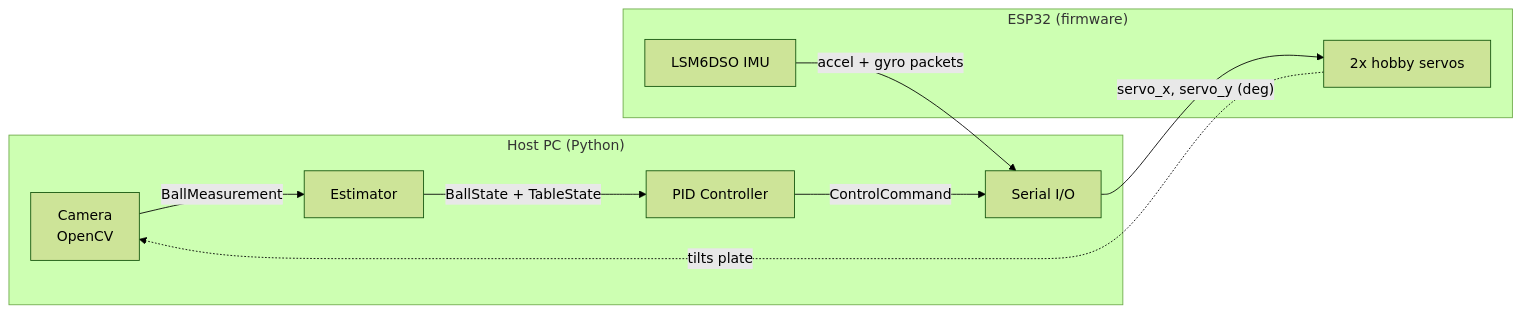
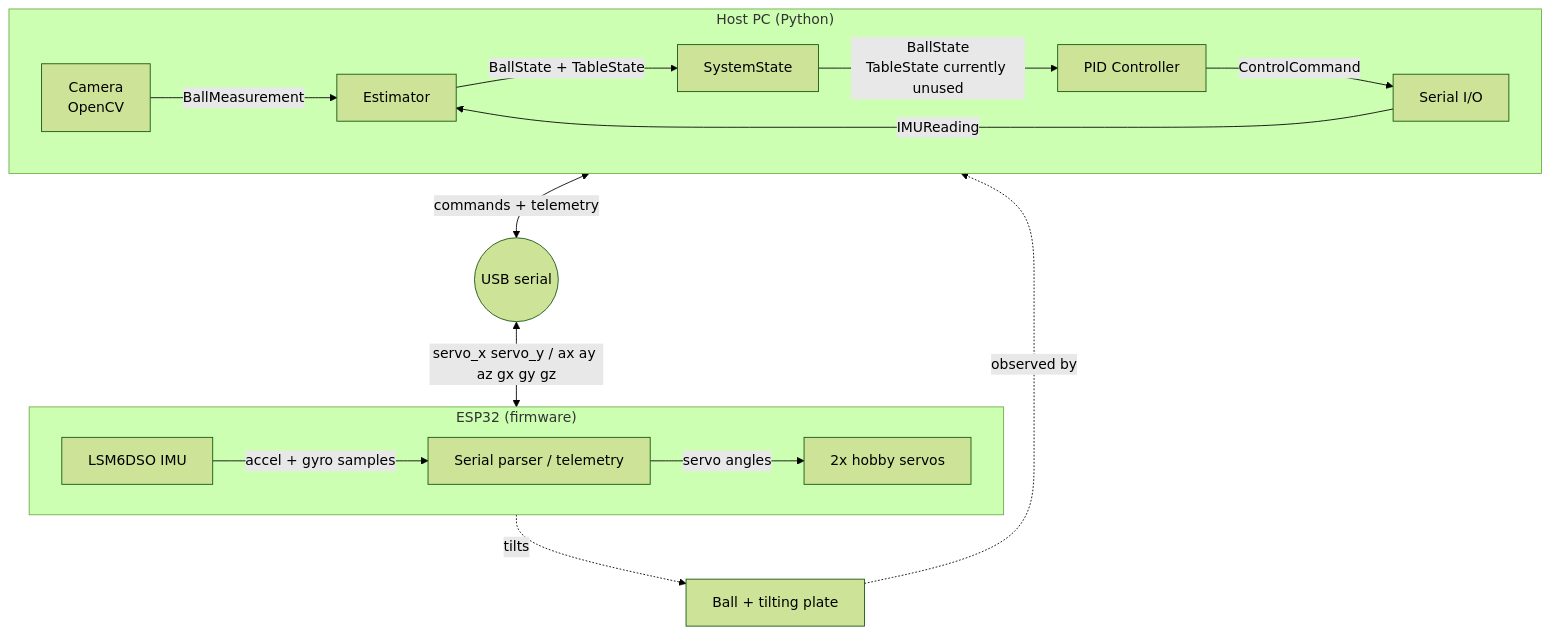
One commit to JoshMcConkie/ball-plate changed the diagram in README.md. Above: the diagram before and after it, drawn with Mermaid (forest theme). The commit also changed other lines of this file, not shown here.

Commit message:
README: Edited flowchart

````diff
--- a/README.md
+++ b/README.md
@@ -16,14 +15,28 @@
 ```mermaid
-flowchart LR
+
+flowchart TB
+    subgraph MCU["ESP32 (firmware)"]
+        direction LR
+        IMU[LSM6DSO IMU] -->|accel + gyro samples| MSER[Serial parser / telemetry]
+        MSER -->|servo angles| SERVO[2x hobby servos]
+    end
+
+    USB((USB serial))
+    PLATE[Ball + tilting plate]
+
     subgraph Host["Host PC (Python)"]
+        direction LR
         CAM[Camera<br/>OpenCV] -->|BallMeasurement| EST[Estimator]
-        EST -->|BallState + TableState| CTRL[PID Controller]
-        CTRL -->|ControlCommand| SER[Serial I/O]
+        HSER[Serial I/O] -->|IMUReading| EST
+        EST -->|BallState + TableState| STATE[SystemState]
+        STATE -->|BallState<br/>TableState currently unused| CTRL[PID Controller]
+        CTRL -->|ControlCommand| HSER
     end
-    SERVO -.->|tilts plate| CAM
-    subgraph MCU["ESP32 (firmware)"]
-        SER -->|"servo_x, servo_y (deg)"| SERVO[2x hobby servos]
-        IMU[LSM6DSO IMU] -->|"accel + gyro packets"| SER
-    end
+
+    HSER <-->|commands + telemetry| USB
+    USB <-->|servo_x servo_y / ax ay az gx gy gz| MSER
+
+    SERVO -.->|tilts| PLATE
+    PLATE -.->|observed by| CAM
     
 ```
````
